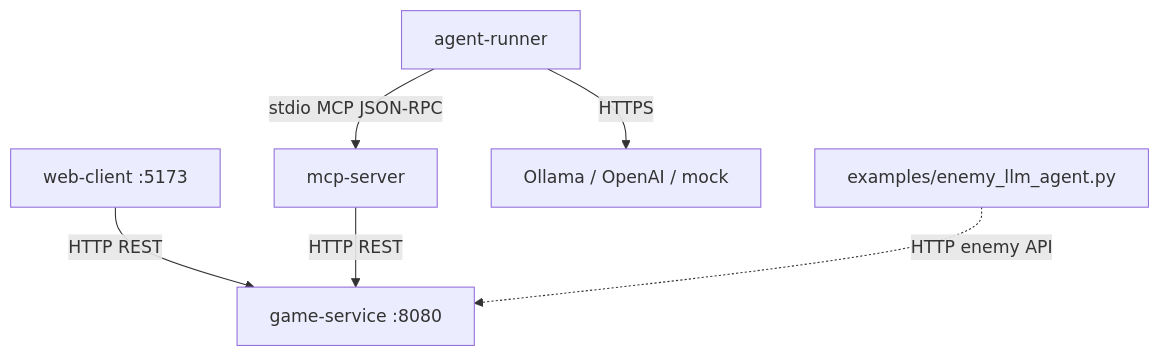
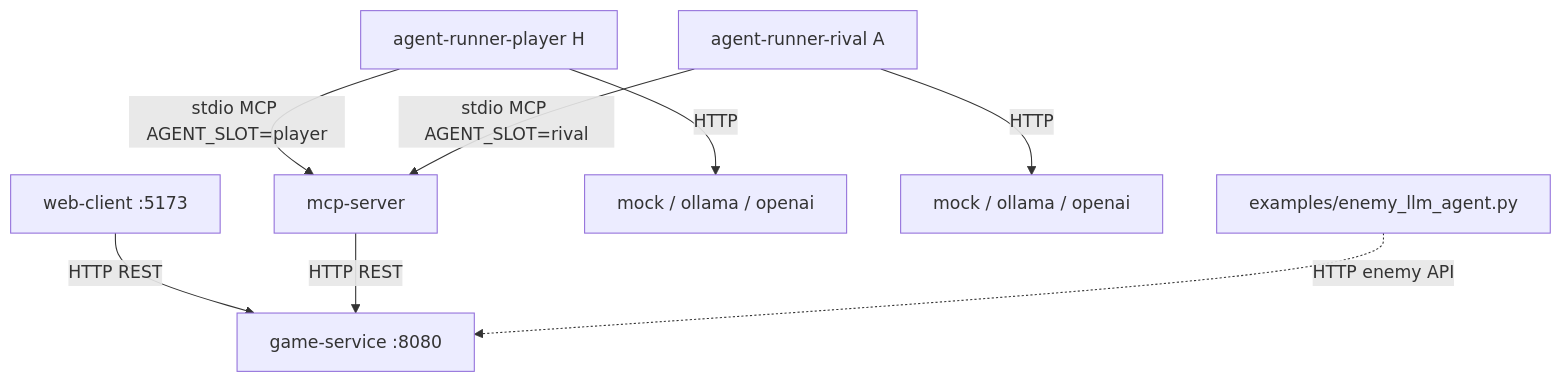
Before and after one commit to YuriBazz/game_with_llm_sd_project_2_blin_super_kruto_bimbim_bambam: the diagram in README.md, drawn with Mermaid. The commit also changed other lines of this file and 1 other file, not shown here.

````diff
--- a/README.md
+++ b/README.md
@@ -75,8 +108,10 @@
 ```mermaid
 flowchart TB
     WC[web-client :5173] -->|HTTP REST| GS[game-service :8080]
-    AR[agent-runner] -->|stdio MCP JSON-RPC| MS[mcp-server]
+    ARH[agent-runner-player H] -->|stdio MCP AGENT_SLOT=player| MS[mcp-server]
+    ARA[agent-runner-rival A] -->|stdio MCP AGENT_SLOT=rival| MS
     MS -->|HTTP REST| GS
-    AR -->|HTTPS| LLM[Ollama / OpenAI / mock]
+    ARH -->|HTTP| LLM1[mock / ollama / openai]
+    ARA -->|HTTP| LLM2[mock / ollama / openai]
     EA[examples/enemy_llm_agent.py] -.->|HTTP enemy API| GS
 ```
````
